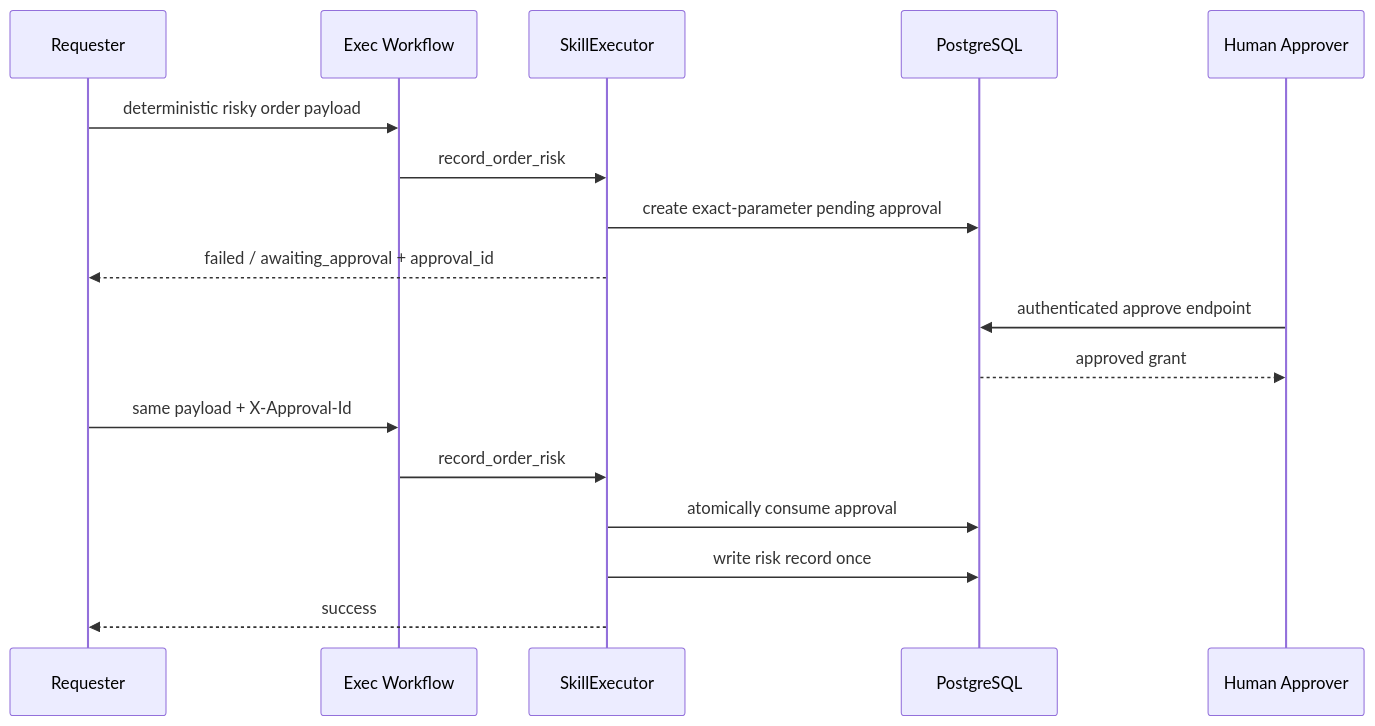
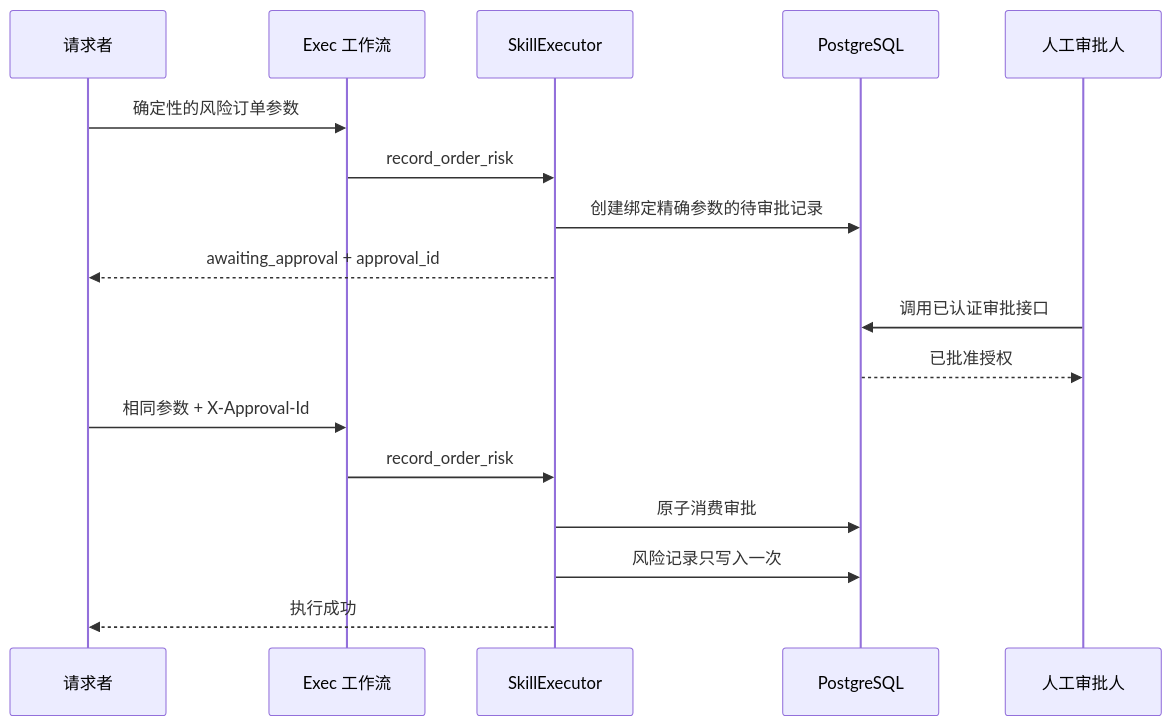
Before and after one commit to wz13814990585-sudo/EcomPilot: the fifth of 5 diagrams in docs/architecture.md, drawn with Mermaid. The commit also changed other lines of this file and 10 other files, not shown here.

````diff
--- a/docs/architecture.md
+++ b/docs/architecture.md
@@ -126,19 +123,19 @@
 ```mermaid
 sequenceDiagram
-    participant U as Requester
-    participant E as Exec Workflow
+    participant U as 请求者
+    participant E as Exec 工作流
     participant X as SkillExecutor
     participant DB as PostgreSQL
-    participant H as Human Approver
-    U->>E: deterministic risky order payload
+    participant H as 人工审批人
+    U->>E: 确定性的风险订单参数
     E->>X: record_order_risk
-    X->>DB: create exact-parameter pending approval
-    X-->>U: failed / awaiting_approval + approval_id
-    H->>DB: authenticated approve endpoint
-    DB-->>H: approved grant
-    U->>E: same payload + X-Approval-Id
+    X->>DB: 创建绑定精确参数的待审批记录
+    X-->>U: awaiting_approval + approval_id
+    H->>DB: 调用已认证审批接口
+    DB-->>H: 已批准授权
+    U->>E: 相同参数 + X-Approval-Id
     E->>X: record_order_risk
-    X->>DB: atomically consume approval
-    X->>DB: write risk record once
-    X-->>U: success
+    X->>DB: 原子消费审批
+    X->>DB: 风险记录只写入一次
+    X-->>U: 执行成功
 ```
````
